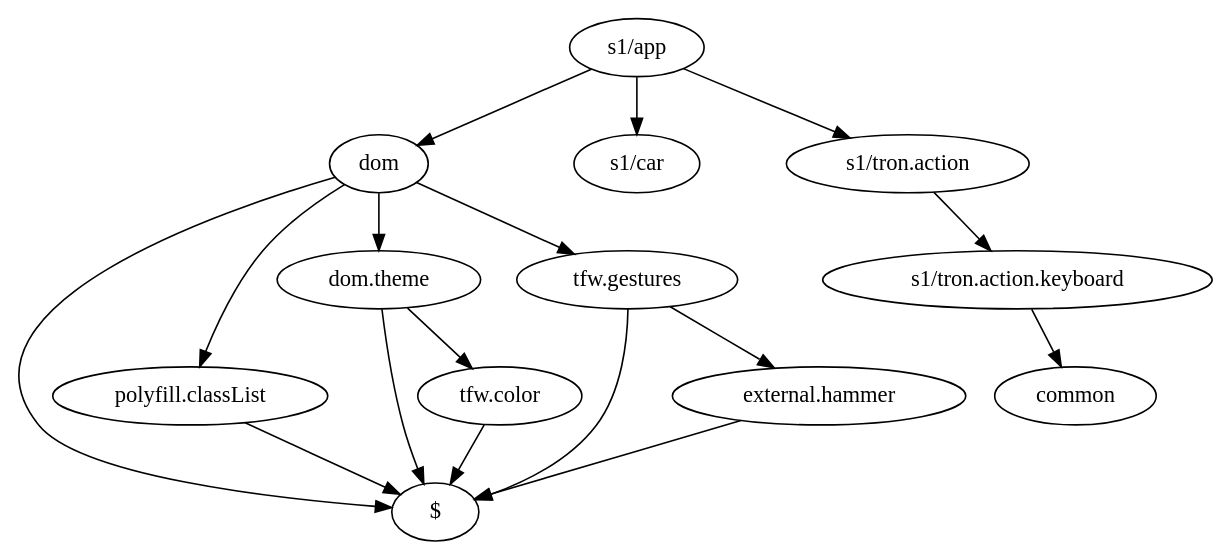
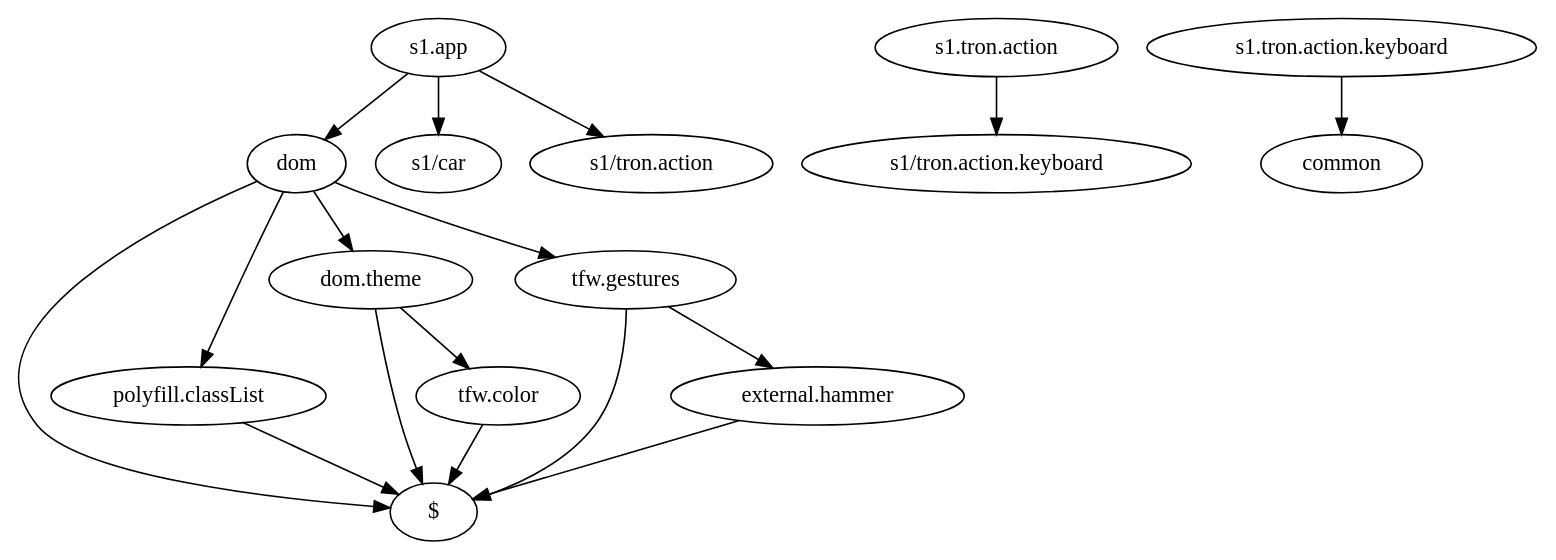
Before and after one commit to tolokoban/game-tron: the diagram in doc/s1.html.dot, drawn with Graphviz. The commit also changed 48 other files, not shown here.

```diff
--- a/doc/s1.html.dot
+++ b/doc/s1.html.dot
@@ -1,26 +1,26 @@
 digraph dependencies {
-    "s1/app" -> "dom"
+    "s1.app" -> "dom"
 
-    "s1/app" -> "s1/car"
+    "s1.app" -> "s1/car"
 
-    "s1/app" -> "s1/tron.action"
-    "s1/tron.action" -> "s1/tron.action.keyboard"
-    "s1/tron.action.keyboard" -> "common"
+    "s1.app" -> "s1/tron.action"
+    "s1.tron.action" -> "s1/tron.action.keyboard"
+    "s1.tron.action.keyboard" -> "common"
     "dom" -> "$"
 
     "dom" -> "polyfill.classList"
 
     "dom" -> "dom.theme"
 
     "dom" -> "tfw.gestures"
     "tfw.gestures" -> "$"
 
     "tfw.gestures" -> "external.hammer"
     "external.hammer" -> "$"
     "dom.theme" -> "$"
 
     "dom.theme" -> "tfw.color"
     "tfw.color" -> "$"
     "polyfill.classList" -> "$"
 
 }
```
